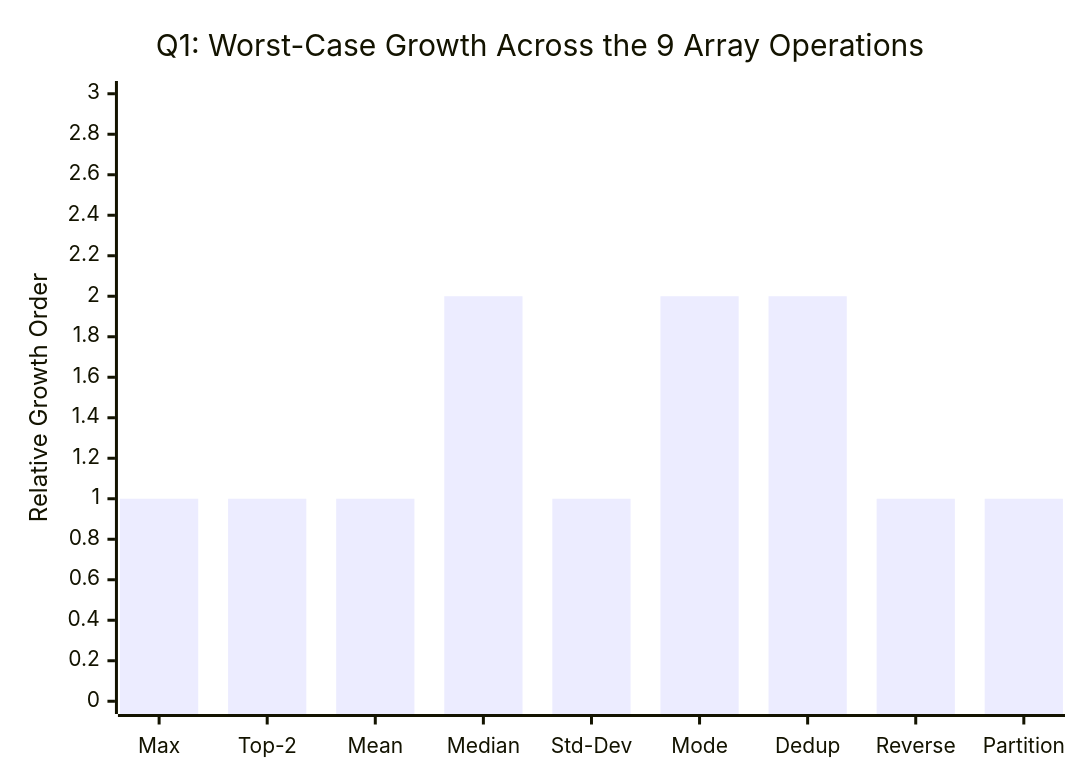
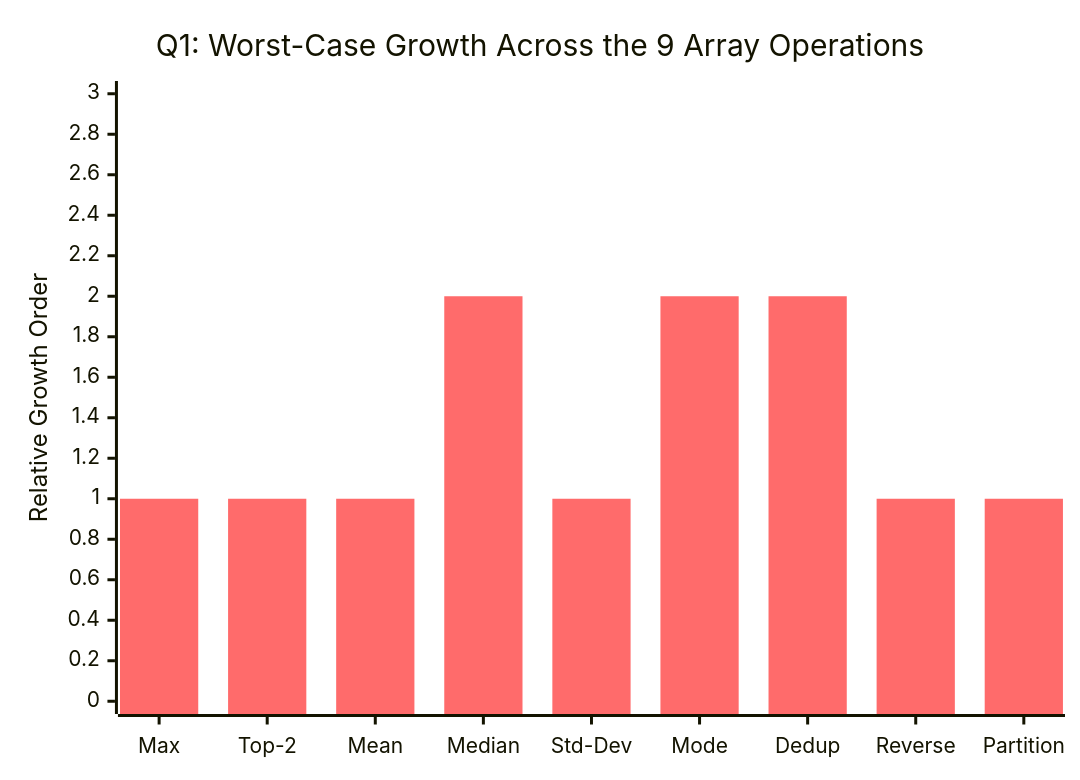
One commit to routsarthakkumar-byte/DAA-Lab changed the second of 9 diagrams in Lab-06/README.md. Above: the diagram before and after it, drawn with Mermaid. The commit also changed other lines of this file and 1 other file, not shown here.

````diff
--- a/Lab-06/README.md
+++ b/Lab-06/README.md
@@ -81,7 +82,8 @@
 ```mermaid
+%%{init: {"themeVariables": {"xyChart": {"plotColorPalette": "#FF6B6B, #FFD93D, #06D6A0, #4D96FF, #9D4EDD, #FF9F1C, #00C2CB, #F72585, #7BE0AD"}}}}%%
 xychart-beta
     title "Q1: Worst-Case Growth Across the 9 Array Operations"
     x-axis ["Max", "Top-2", "Mean", "Median", "Std-Dev", "Mode", "Dedup", "Reverse", "Partition"]
     y-axis "Relative Growth Order" 0 --> 3
     bar [1, 1, 1, 2, 1, 2, 2, 1, 1]
 ```
````
